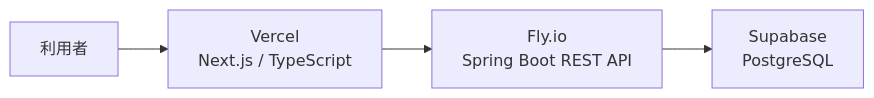
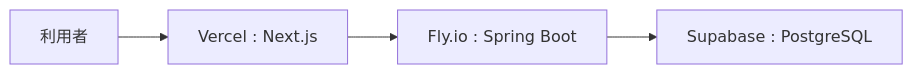
One commit to katodaiya-1030/errorhub changed the diagram in README.md. Above: the diagram before and after it, drawn with Mermaid.

Commit message:
Modify architecture diagram labels

````diff
--- a/README.md
+++ b/README.md
@@ -52,6 +52,6 @@
 ```mermaid
 flowchart LR
-  U["利用者"] --> F["Vercel<br>Next.js / TypeScript"]
-  F --> B["Fly.io<br>Spring Boot REST API"]
-  B --> D["Supabase<br>PostgreSQL"]
+  U["利用者"] --> F["Vercel : Next.js"]
+  F --> B["Fly.io : Spring Boot"]
+  B --> D["Supabase : PostgreSQL"]
 ```
````
